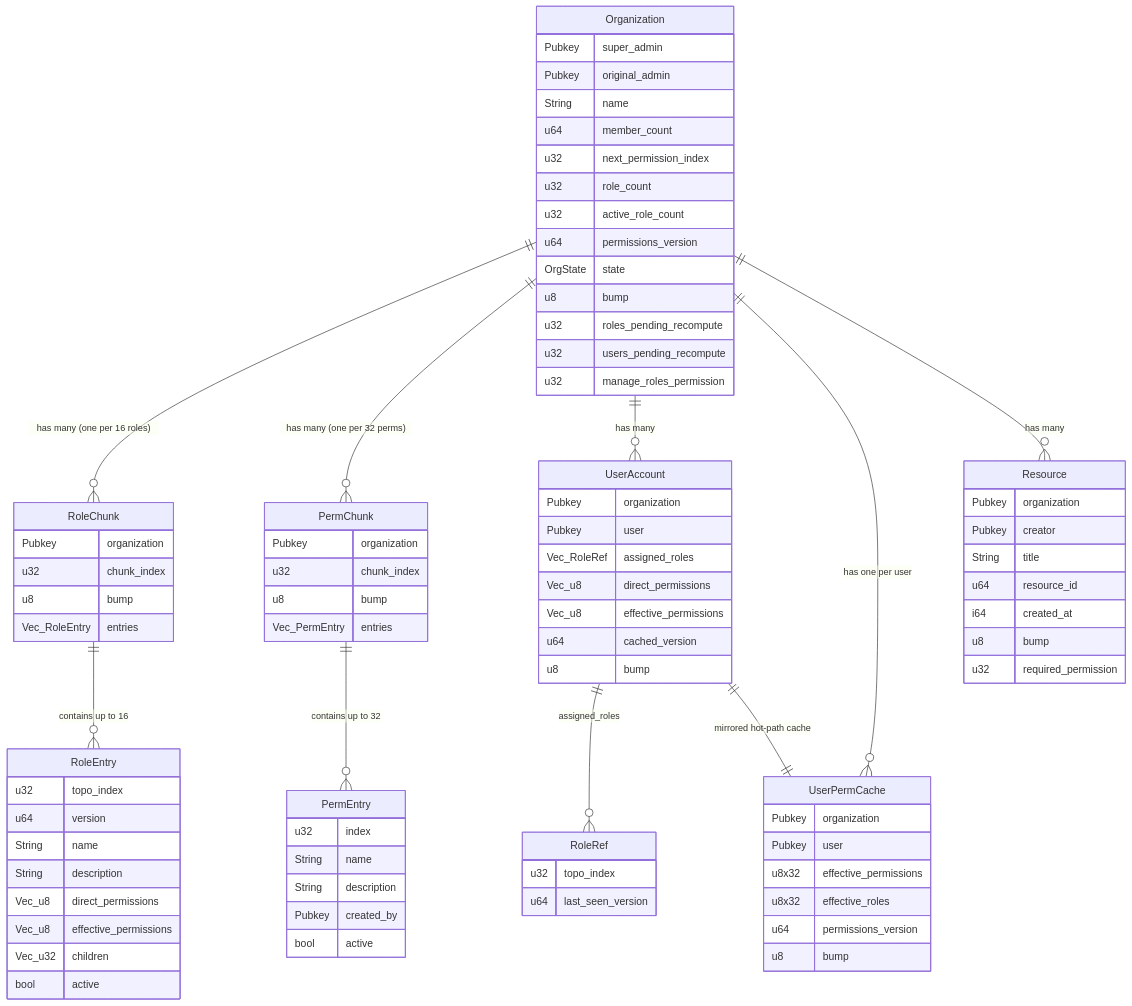
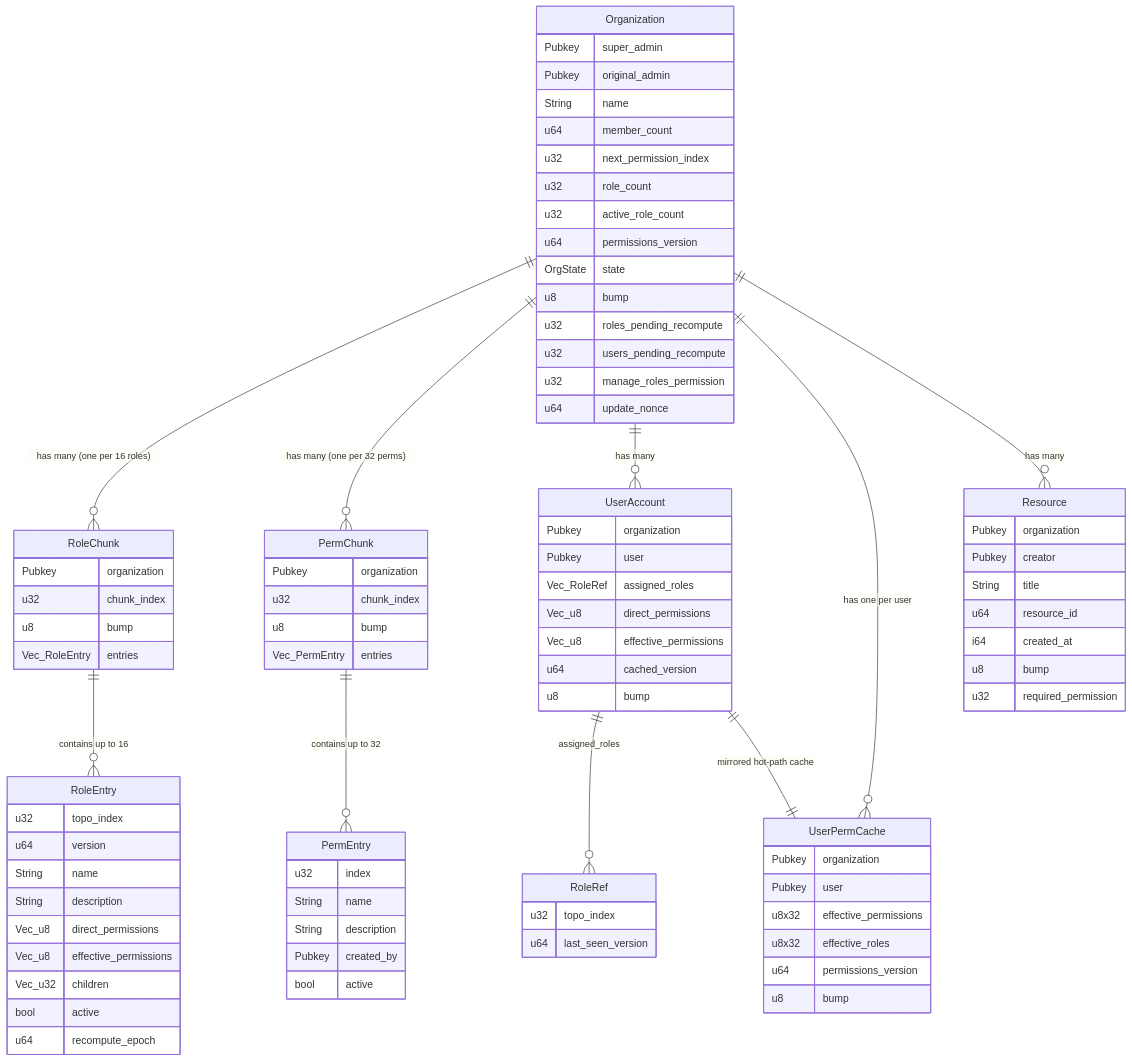
Before and after one commit to Vadimus1983/Solana-rbac: the second of 25 diagrams in docs/architecture.md, drawn with Mermaid. The commit also changed other lines of this file and 1 other file, not shown here.

```diff
--- a/docs/architecture.md
+++ b/docs/architecture.md
@@ -125,6 +129,7 @@
         u32 roles_pending_recompute
         u32 users_pending_recompute
         u32 manage_roles_permission
+        u64 update_nonce
     }
 
     RoleChunk {
@@ -143,6 +148,7 @@
         Vec_u8 effective_permissions
         Vec_u32 children
         bool active
+        u64 recompute_epoch
     }
 
     PermChunk {
```
